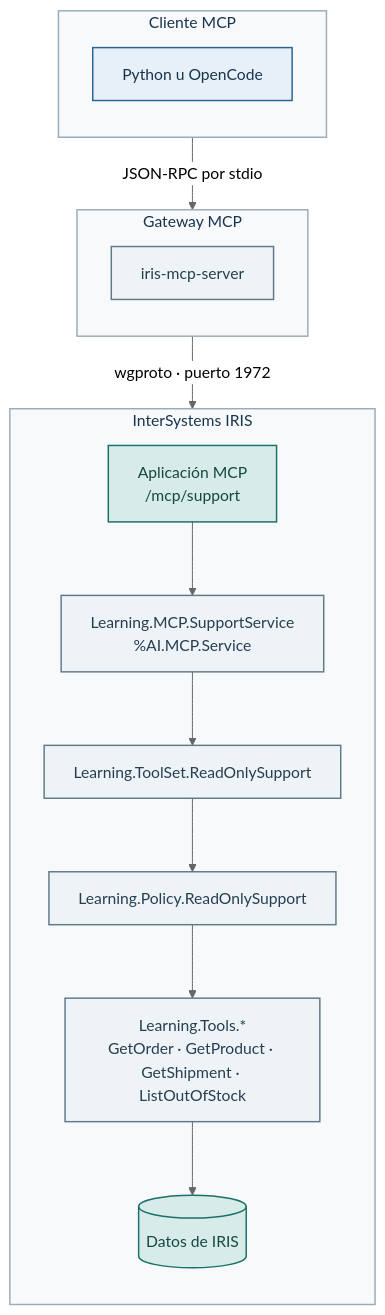
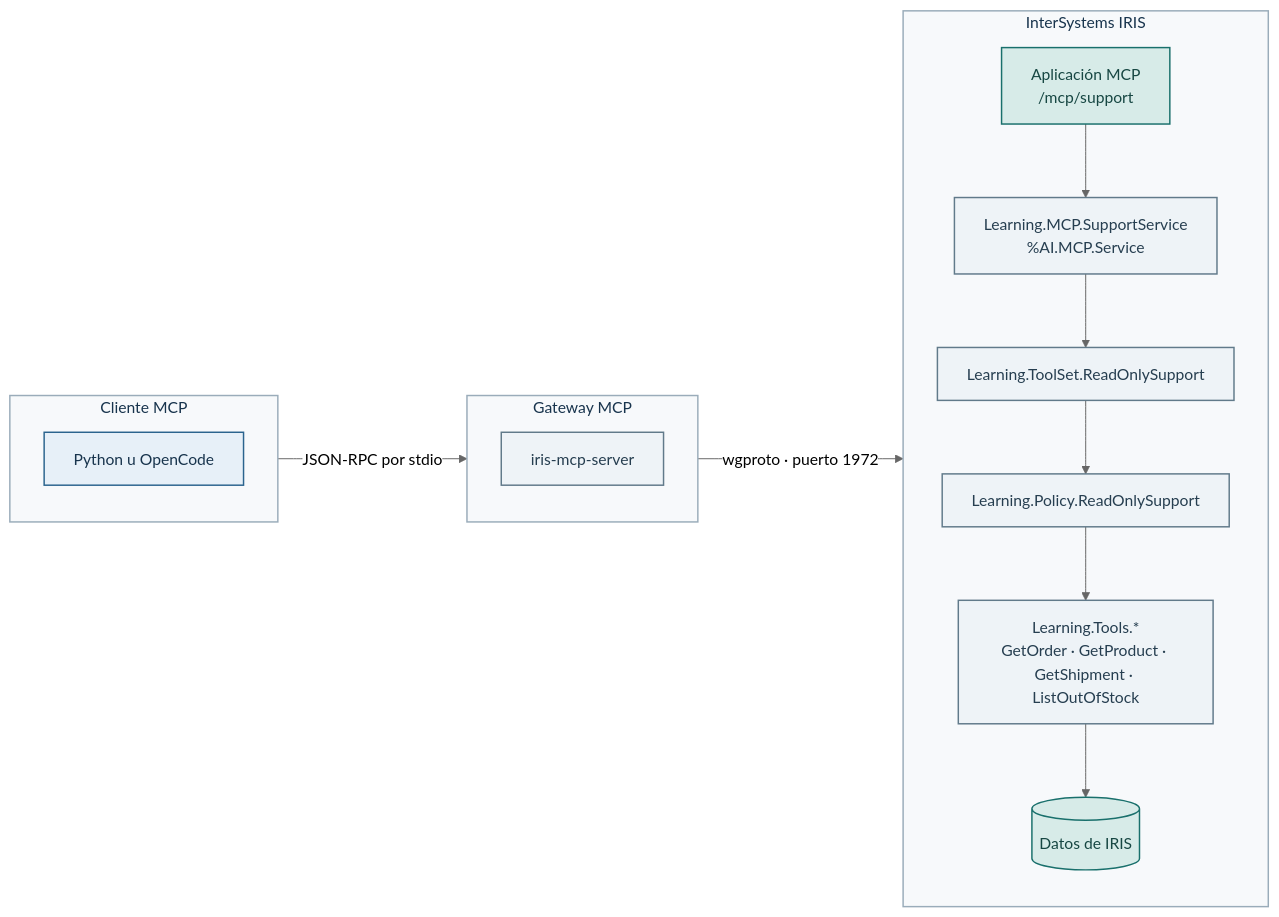
The diagram in labs/06-aihub-mcp/README.md (intersystems-ib/curso-ia-asistentes-iris), drawn with Mermaid (neutral theme) before and after one commit. The commit also changed 7 other files, not shown here.

Commit message:
docs: layout diagramas mermaid

````diff
--- a/labs/06-aihub-mcp/README.md
+++ b/labs/06-aihub-mcp/README.md
@@ -11,32 +11,32 @@
 ```mermaid
-flowchart TB
+flowchart LR
     subgraph Client[Cliente MCP]
         direction TB
         Consumer[Python u OpenCode]
     end
     subgraph Gateway[Gateway MCP]
         direction TB
         Bridge[iris-mcp-server]
     end
     subgraph IRIS[InterSystems IRIS]
         direction TB
         Endpoint[Aplicación MCP<br/>/mcp/support]
         Service[Learning.MCP.SupportService<br/>%AI.MCP.Service]
         ToolSet[Learning.ToolSet.ReadOnlySupport]
         Policy[Learning.Policy.ReadOnlySupport]
         Tools[Learning.Tools.*<br/>GetOrder · GetProduct · GetShipment · ListOutOfStock]
         Data[(Datos de IRIS)]
         Endpoint --> Service --> ToolSet --> Policy --> Tools --> Data
     end
-    Consumer -->|JSON-RPC por stdio| Bridge
-    Bridge -->|wgproto · puerto 1972| Endpoint
+    Client -->|JSON-RPC por stdio| Gateway
+    Gateway -->|wgproto · puerto 1972| IRIS
     classDef input fill:#E7F0F8,stroke:#2B648E,color:#18344D,stroke-width:1.5px;
     classDef process fill:#EEF3F7,stroke:#617A8A,color:#263E50,stroke-width:1.5px;
     classDef iris fill:#D7EBE8,stroke:#19706C,color:#174743,stroke-width:1.5px;
     class Consumer input;
     class Bridge,Service,ToolSet,Policy,Tools process;
     class Endpoint,Data iris;
     style Client fill:#F7F9FB,stroke:#9AACBA,color:#18344D,stroke-width:1.5px
     style Gateway fill:#F7F9FB,stroke:#9AACBA,color:#18344D,stroke-width:1.5px
     style IRIS fill:#F7F9FB,stroke:#9AACBA,color:#18344D,stroke-width:1.5px
 ```
````
